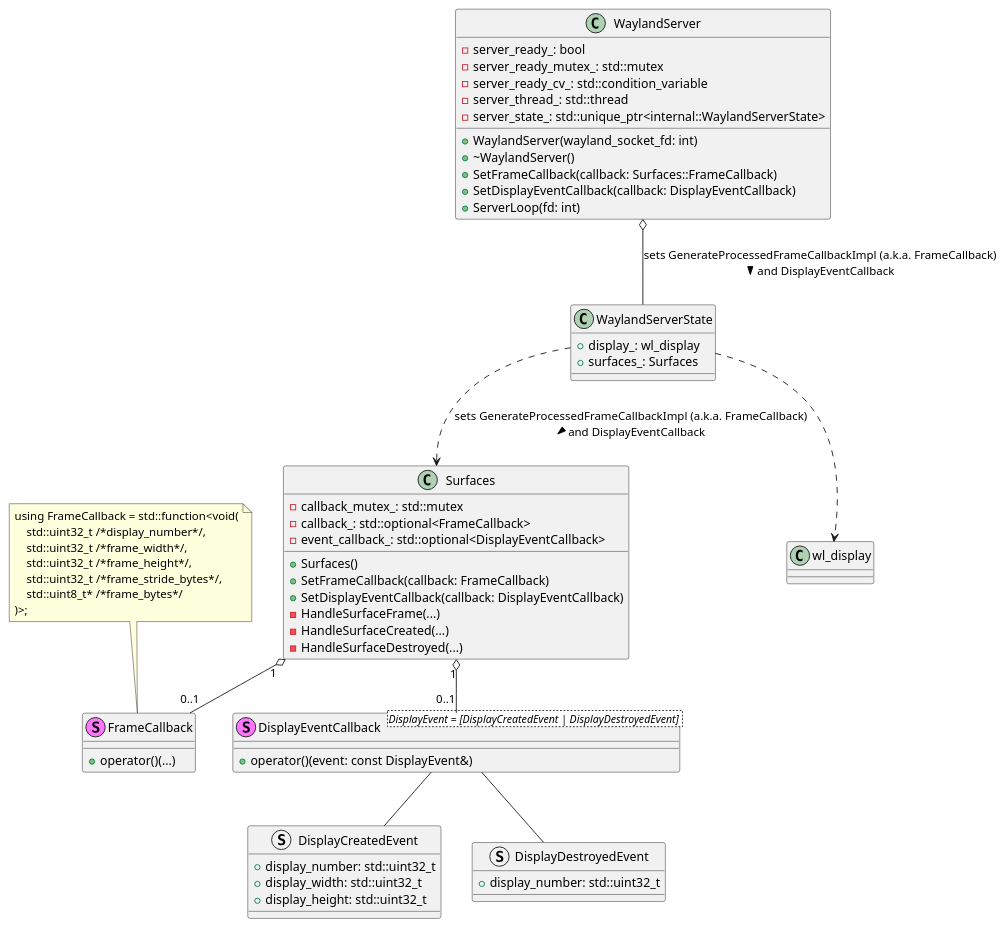
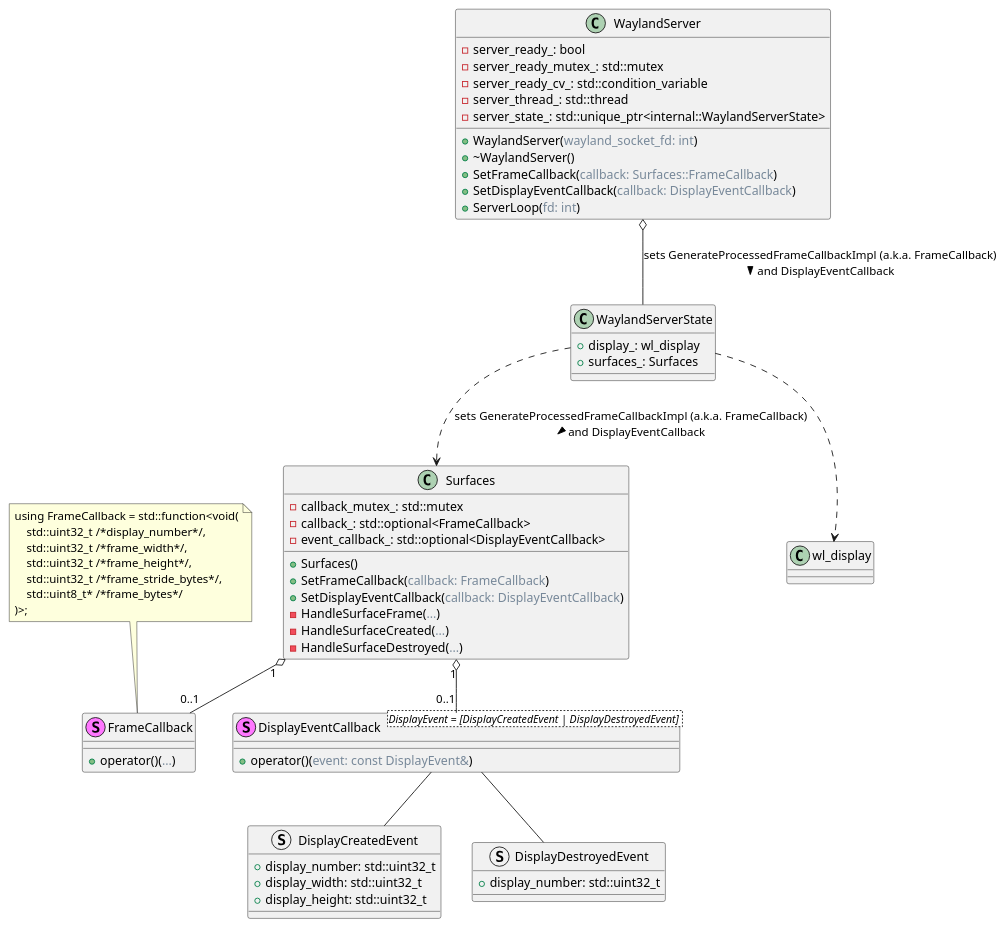
The diagram in wayland_diagram.puml (dmitvitalii/cf_diagrams), drawn with PlantUML before and after one commit. The commit also changed other lines of this file and 3 other files, not shown here.

```diff
--- a/wayland_diagram.puml
+++ b/wayland_diagram.puml
@@ -1,70 +1,70 @@
 @startuml
 
 class Surfaces {
   + Surfaces()
-  + SetFrameCallback(callback: FrameCallback)
-  + SetDisplayEventCallback(callback: DisplayEventCallback)
+  + SetFrameCallback(<color:LightSlateGray>callback: FrameCallback</color>)
+  + SetDisplayEventCallback(<color:LightSlateGray>callback: DisplayEventCallback</color>)
 
   - callback_mutex_: std::mutex
   - callback_: std::optional<FrameCallback>
   - event_callback_: std::optional<DisplayEventCallback>
 
-  - HandleSurfaceFrame(...)
-  - HandleSurfaceCreated(...)
-  - HandleSurfaceDestroyed(...)
+  - HandleSurfaceFrame(<color:LightSlateGray>...</color>)
+  - HandleSurfaceCreated(<color:LightSlateGray>...</color>)
+  - HandleSurfaceDestroyed(<color:LightSlateGray>...</color>)
 }
 
 
 class WaylandServer {
   -server_ready_: bool
   -server_ready_mutex_: std::mutex
   -server_ready_cv_: std::condition_variable
   -server_thread_: std::thread
   -server_state_: std::unique_ptr<internal::WaylandServerState>
-  +WaylandServer(wayland_socket_fd: int)
+  +WaylandServer(<color:LightSlateGray>wayland_socket_fd: int</color>)
   +~WaylandServer()
-  +SetFrameCallback(callback: Surfaces::FrameCallback)
-  +SetDisplayEventCallback(callback: DisplayEventCallback)
-  +ServerLoop(fd: int)
+  +SetFrameCallback(<color:LightSlateGray>callback: Surfaces::FrameCallback</color>)
+  +SetDisplayEventCallback(<color:LightSlateGray>callback: DisplayEventCallback</color>)
+  +ServerLoop(<color:LightSlateGray>fd: int</color>)
 }
 
 stereotype FrameCallback {
-  +operator()(...)
+  +operator()(<color:LightSlateGray>...</color>)
 }
 note top of FrameCallback: using FrameCallback = std::function<void(\n    std::uint32_t /*display_number*/,\n    std::uint32_t /*frame_width*/,\n    std::uint32_t /*frame_height*/,\n    std::uint32_t /*frame_stride_bytes*/,\n    std::uint8_t* /*frame_bytes*/\n)>;
 
 
 struct DisplayCreatedEvent {
   +display_number: std::uint32_t
   +display_width: std::uint32_t
   +display_height: std::uint32_t
 }
 
 struct DisplayDestroyedEvent {
   +display_number: std::uint32_t
 }
 
 stereotype DisplayEventCallback<DisplayEvent = [DisplayCreatedEvent | DisplayDestroyedEvent] > {
-  +operator()(event: const DisplayEvent&)
+  +operator()(<color:LightSlateGray>event: const DisplayEvent&</color>)
 }
  
 
 class WaylandServerState {
   +display_: wl_display
   +surfaces_: Surfaces
 }
 
 
 WaylandServer o-- WaylandServerState : sets GenerateProcessedFrameCallbackImpl (a.k.a. FrameCallback)\nand DisplayEventCallback >
 WaylandServerState ..> Surfaces : sets GenerateProcessedFrameCallbackImpl (a.k.a. FrameCallback)\nand DisplayEventCallback >
 
 WaylandServerState ..> wl_display
 
 Surfaces "1" o-- "0..1" FrameCallback
 Surfaces "1" o-- "0..1" DisplayEventCallback
 
 
 DisplayEventCallback -- DisplayCreatedEvent 
 DisplayEventCallback -- DisplayDestroyedEvent
 
 @enduml
```
